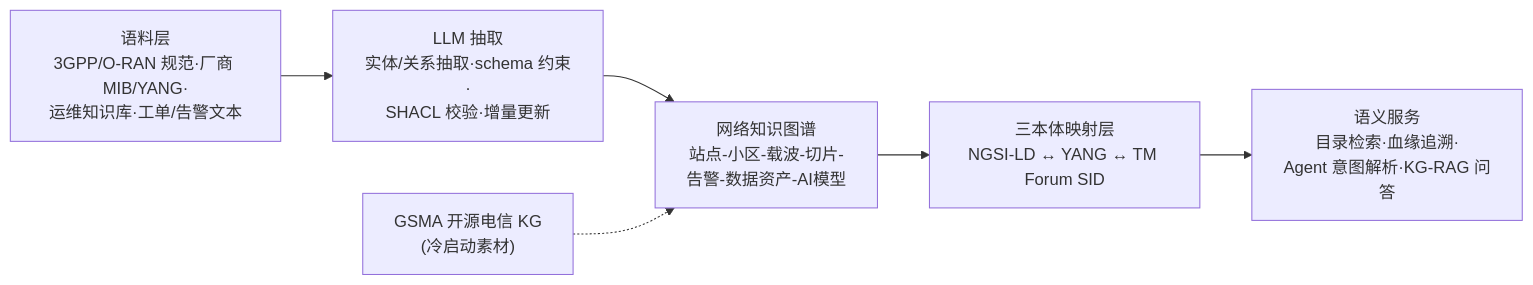
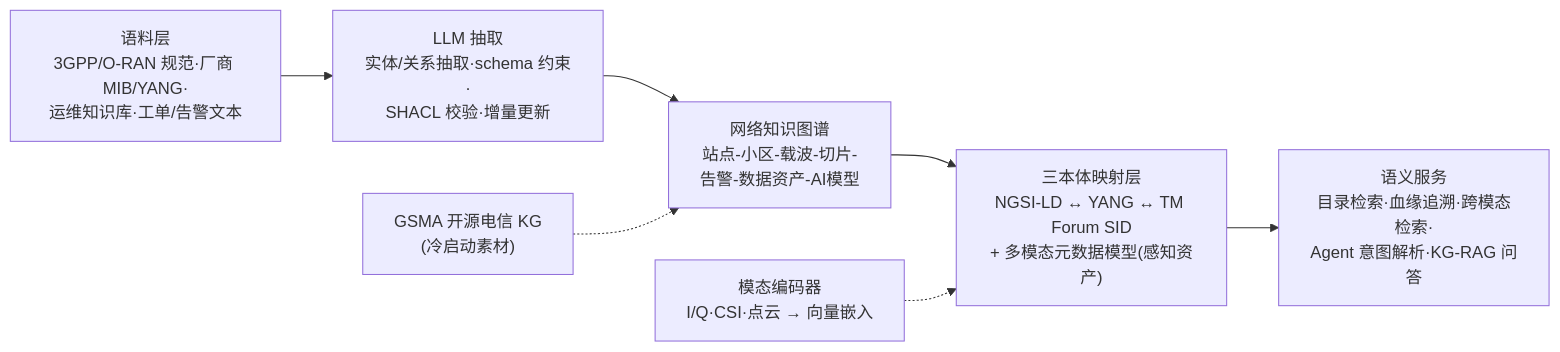
One commit to newmanxiang/6GDataPlane changed the seventh of 7 diagrams in reports/deep-insight-report-v6.md. Above: the diagram before and after it, drawn with Mermaid. The commit also changed other lines of this file and 2 other files, not shown here.

````diff
--- a/reports/deep-insight-report-v6.md
+++ b/reports/deep-insight-report-v6.md
@@ -322,8 +379,9 @@
 ```mermaid
 flowchart LR
   SRC["语料层<br/>3GPP/O-RAN 规范·厂商 MIB/YANG·<br/>运维知识库·工单/告警文本"] --> EXT["LLM 抽取<br/>实体/关系抽取·schema 约束·<br/>SHACL 校验·增量更新"]
   EXT --> KG["网络知识图谱<br/>站点-小区-载波-切片-<br/>告警-数据资产-AI模型"]
-  KG --> MAP["三本体映射层<br/>NGSI-LD ↔ YANG ↔ TM Forum SID"]
-  MAP --> SVC["语义服务<br/>目录检索·血缘追溯·<br/>Agent 意图解析·KG-RAG 问答"]
+  KG --> MAP["三本体映射层<br/>NGSI-LD ↔ YANG ↔ TM Forum SID<br/>+ 多模态元数据模型(感知资产)"]
+  MAP --> SVC["语义服务<br/>目录检索·血缘追溯·跨模态检索·<br/>Agent 意图解析·KG-RAG 问答"]
   GSMA["GSMA 开源电信 KG<br/>(冷启动素材)"] -.-> KG
+  EMB["模态编码器<br/>I/Q·CSI·点云 → 向量嵌入"] -.-> MAP
 ```
````
